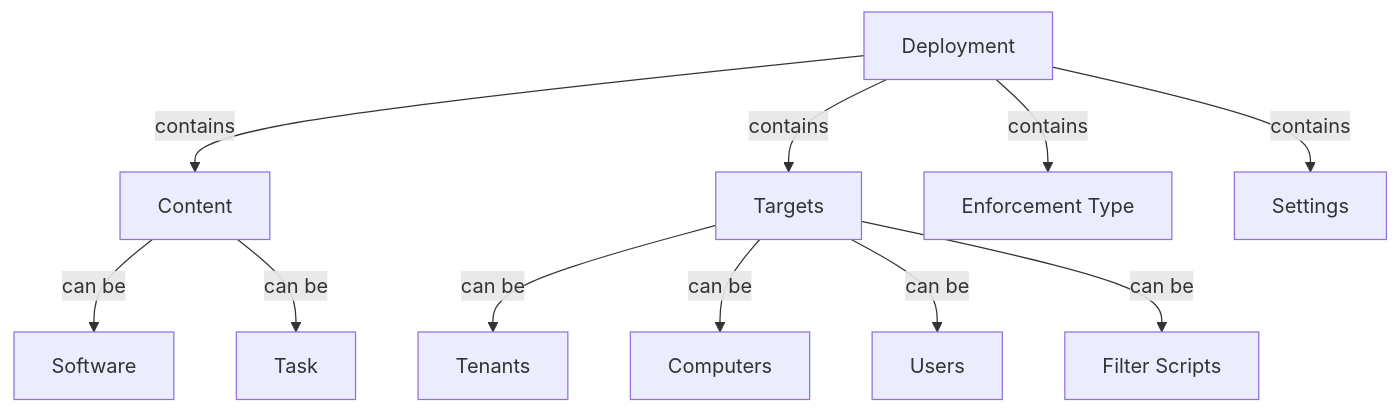
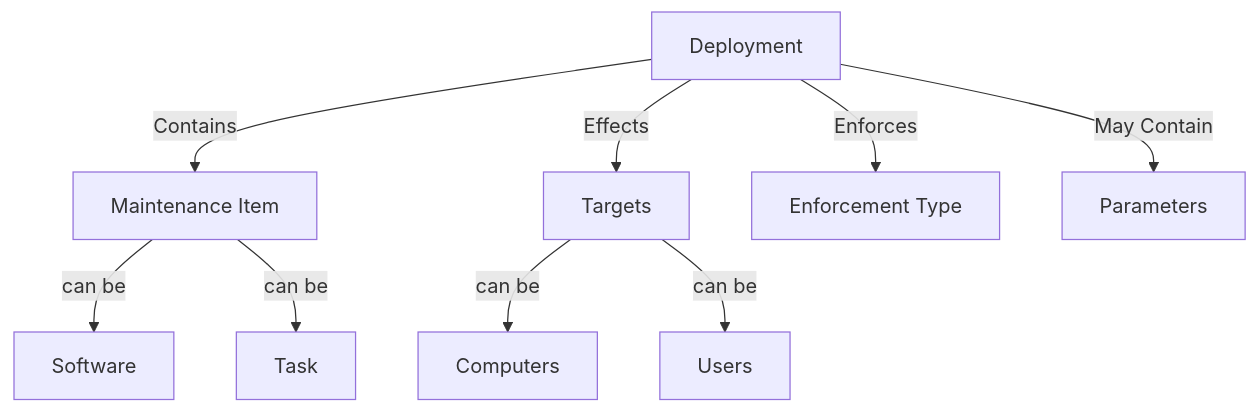
One commit to immense/immybot-documentation changed the diagram in Documentation/CoreFeatures/deployments.md. Above: the diagram before and after it, drawn with Mermaid. The commit also changed other lines of this file and 22 other files, not shown here.

````diff
--- a/Documentation/CoreFeatures/deployments.md
+++ b/Documentation/CoreFeatures/deployments.md
@@ -14,13 +13,12 @@
 ```mermaid
 graph TD
-    A[Deployment] -->|contains| B[Content]
-    A -->|contains| C[Targets]
-    A -->|contains| D[Enforcement Type]
-    A -->|contains| E[Settings]
+    A[Deployment] -->|Contains| B[Maintenance Item]
+    A -->|Effects| C[Targets]
+    A -->|Enforces| D[Enforcement Type]
+    A -->|May Contain| E[Parameters]
     B -->|can be| F[Software]
     B -->|can be| G[Task]
-    C -->|can be| H[Tenants]
     C -->|can be| I[Computers]
     C -->|can be| J[Users]
-    C -->|can be| K[Filter Scripts]
+
 ```
````
